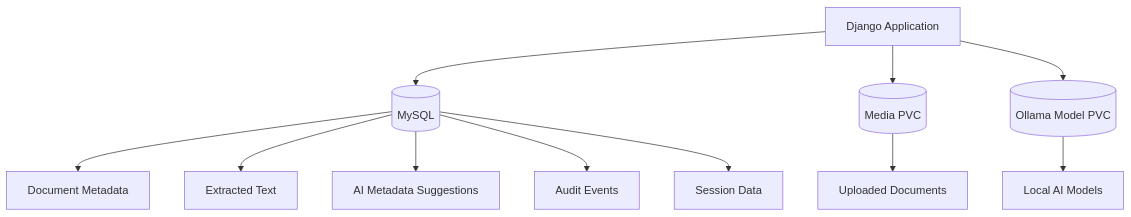
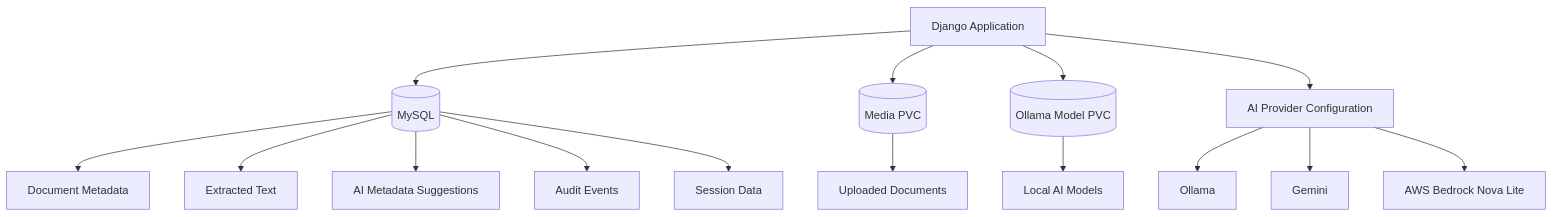
The third of 3 diagrams in docs/architecture.md (khaliqueaws-creator/document-management), drawn with Mermaid before and after one commit. The commit also changed other lines of this file and 4 other files, not shown here.

Commit message:
Update architecture docs for Bedrock

````diff
--- a/docs/architecture.md
+++ b/docs/architecture.md
@@ -64,17 +66,22 @@
 ```mermaid
 flowchart TB
     App[Django Application]
 
     App --> DB[(MySQL)]
     DB --> Metadata[Document Metadata]
     DB --> ExtractedText[Extracted Text]
     DB --> AISuggestions[AI Metadata Suggestions]
     DB --> Audit[Audit Events]
     DB --> SessionData[Session Data]
 
     App --> MediaPVC[(Media PVC)]
     MediaPVC --> Files[Uploaded Documents]
 
     App --> ModelPVC[(Ollama Model PVC)]
     ModelPVC --> Models[Local AI Models]
+
+    App --> AIProviderConfig[AI Provider Configuration]
+    AIProviderConfig --> Ollama[Ollama]
+    AIProviderConfig --> Gemini[Gemini]
+    AIProviderConfig --> Bedrock[AWS Bedrock Nova Lite]
 ```
````
